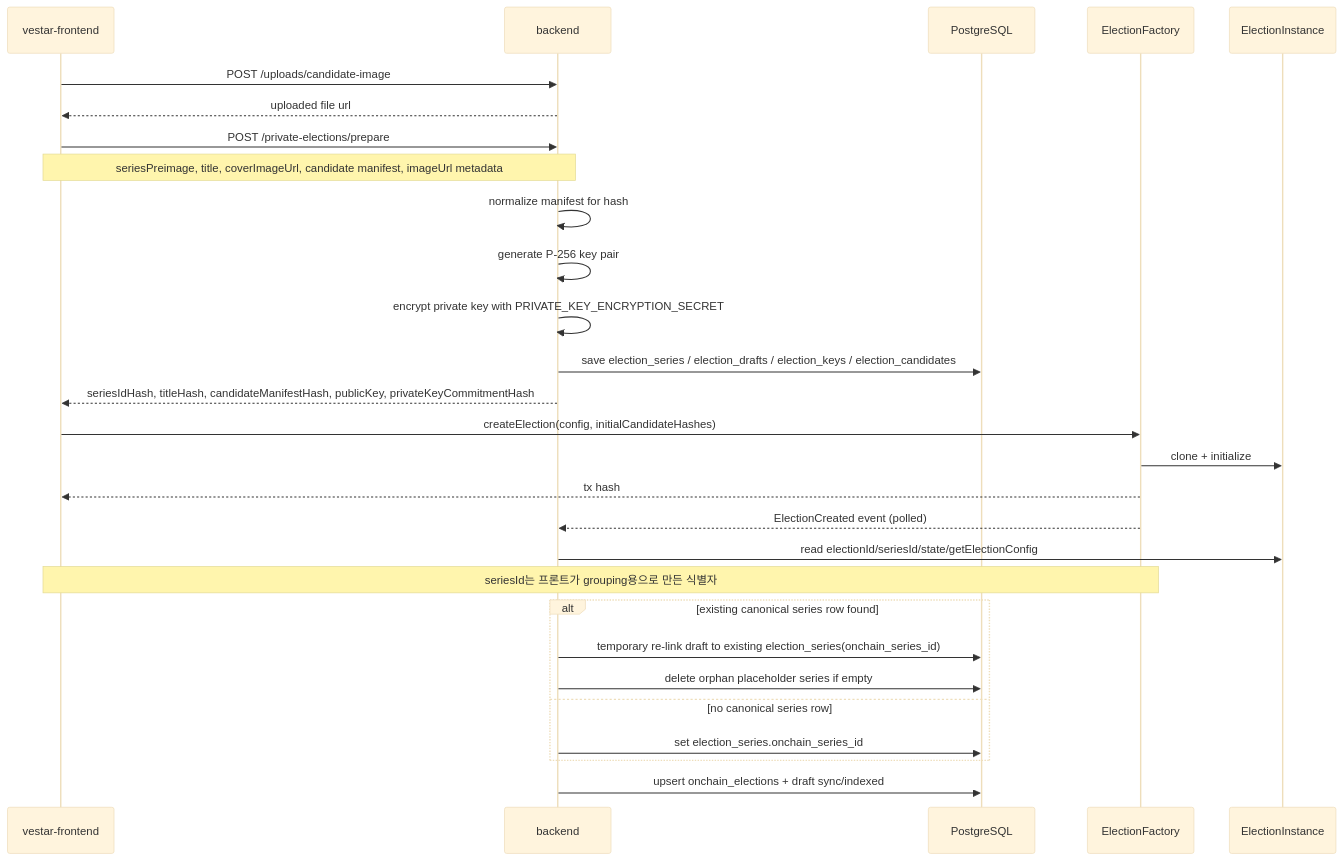
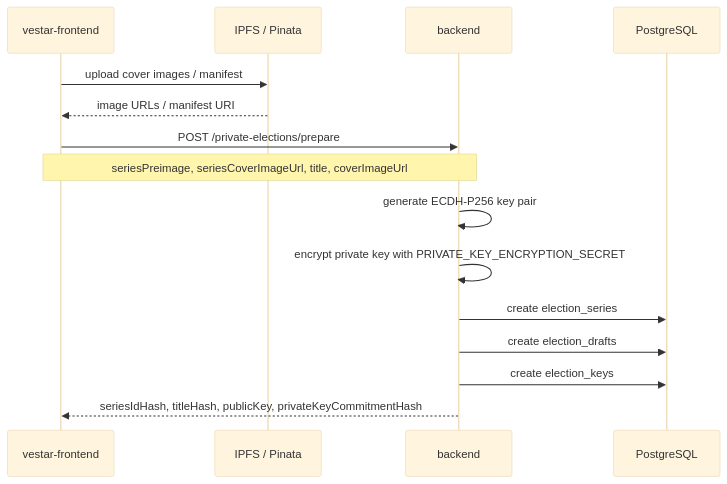
One commit to VESTAr-BAY/vestar-backend changed the fourth of 7 diagrams in README.md. Above: the diagram before and after it, drawn with Mermaid (base theme). The commit also changed other lines of this file, not shown here.

Commit message:
docs: refresh backend architecture readme

````diff
--- a/README.md
+++ b/README.md
@@ -114,33 +196,18 @@
 ```mermaid
 sequenceDiagram
   participant FE as vestar-frontend
+  participant IPFS as IPFS / Pinata
   participant BE as backend
   participant DB as PostgreSQL
-  participant FC as ElectionFactory
-  participant EL as ElectionInstance
 
-  FE->>BE: POST /uploads/candidate-image
-  BE-->>FE: uploaded file url
-
+  FE->>IPFS: upload cover images / manifest
+  IPFS-->>FE: image URLs / manifest URI
   FE->>BE: POST /private-elections/prepare
-  Note over FE,BE: seriesPreimage, title, coverImageUrl, candidate manifest, imageUrl metadata
-  BE->>BE: normalize manifest for hash
-  BE->>BE: generate P-256 key pair
+  Note over FE,BE: seriesPreimage, seriesCoverImageUrl, title, coverImageUrl
+  BE->>BE: generate ECDH-P256 key pair
   BE->>BE: encrypt private key with PRIVATE_KEY_ENCRYPTION_SECRET
-  BE->>DB: save election_series / election_drafts / election_keys / election_candidates
-  BE-->>FE: seriesIdHash, titleHash, candidateManifestHash, publicKey, privateKeyCommitmentHash
-
-  FE->>FC: createElection(config, initialCandidateHashes)
-  FC->>EL: clone + initialize
-  FC-->>FE: tx hash
-  FC-->>BE: ElectionCreated event (polled)
-  BE->>EL: read electionId/seriesId/state/getElectionConfig
-  Note over FE,FC: seriesId는 프론트가 grouping용으로 만든 식별자
-  alt existing canonical series row found
-    BE->>DB: temporary re-link draft to existing election_series(onchain_series_id)
-    BE->>DB: delete orphan placeholder series if empty
-  else no canonical series row
-    BE->>DB: set election_series.onchain_series_id
-  end
-  BE->>DB: upsert onchain_elections + draft sync/indexed
+  BE->>DB: create election_series
+  BE->>DB: create election_drafts
+  BE->>DB: create election_keys
+  BE-->>FE: seriesIdHash, titleHash, publicKey, privateKeyCommitmentHash
 ```
````
